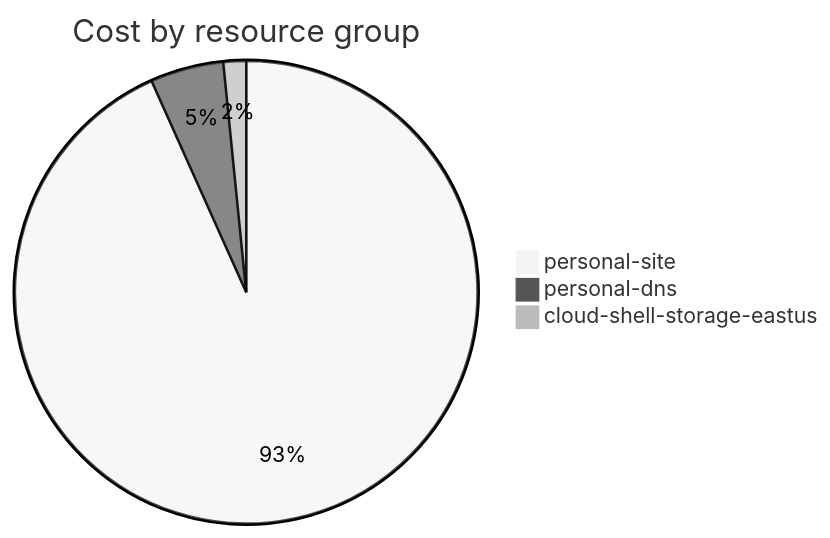
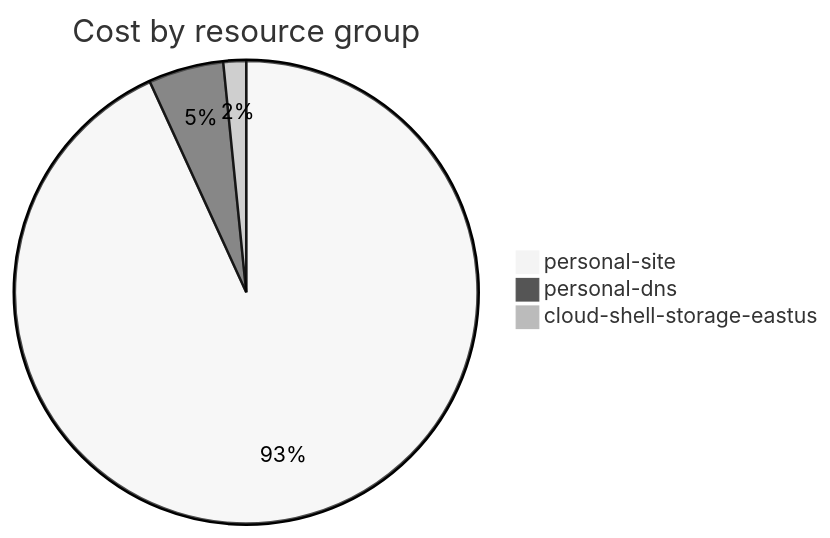
One commit to jpfulton/azure-personal-reports changed the fourth of 4 diagrams in cost-reports/accumulated-cost.md. Above: the diagram before and after it, drawn with Mermaid (neutral theme). The commit also changed other lines of this file and 4 other files, not shown here.

````diff
--- a/cost-reports/accumulated-cost.md
+++ b/cost-reports/accumulated-cost.md
@@ -143,7 +143,7 @@
 ```mermaid
 pie
    title Cost by resource group
-   "personal-site" : 5.29
-   "personal-dns" : 0.29
-   "cloud-shell-storage-eastus" : 0.09
+   "personal-site" : 5.86
+   "personal-dns" : 0.33
+   "cloud-shell-storage-eastus" : 0.10
 ```
````
